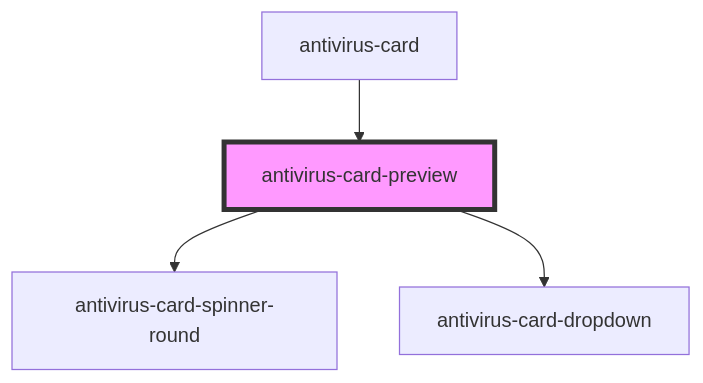
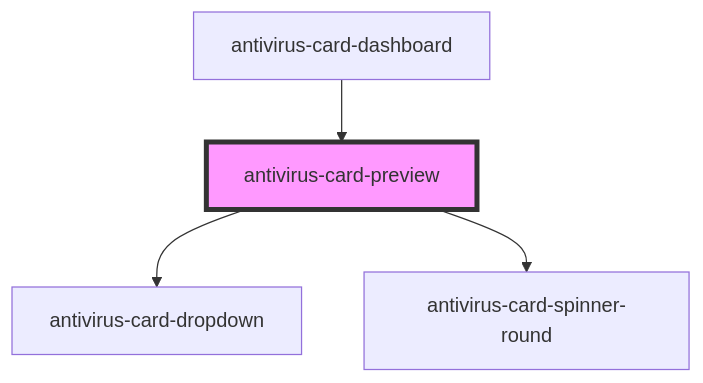
Before and after one commit to ispsystem/plugin-imunify: the diagram in client/packages/antivirus-card/src/components/preview/readme.md, drawn with Mermaid. The commit also changed other lines of this file and 5 other files, not shown here.

First line of the commit message:
refactor: 💡 reorganize Preview component on dashboard

````diff
--- a/client/packages/antivirus-card/src/components/preview/readme.md
+++ b/client/packages/antivirus-card/src/components/preview/readme.md
@@ -28,7 +28,7 @@
 ```mermaid
 graph TD;
+  antivirus-card-preview --> antivirus-card-dropdown
   antivirus-card-preview --> antivirus-card-spinner-round
-  antivirus-card-preview --> antivirus-card-dropdown
-  antivirus-card --> antivirus-card-preview
+  antivirus-card-dashboard --> antivirus-card-preview
   style antivirus-card-preview fill:#f9f,stroke:#333,stroke-width:4px
 ```
````
